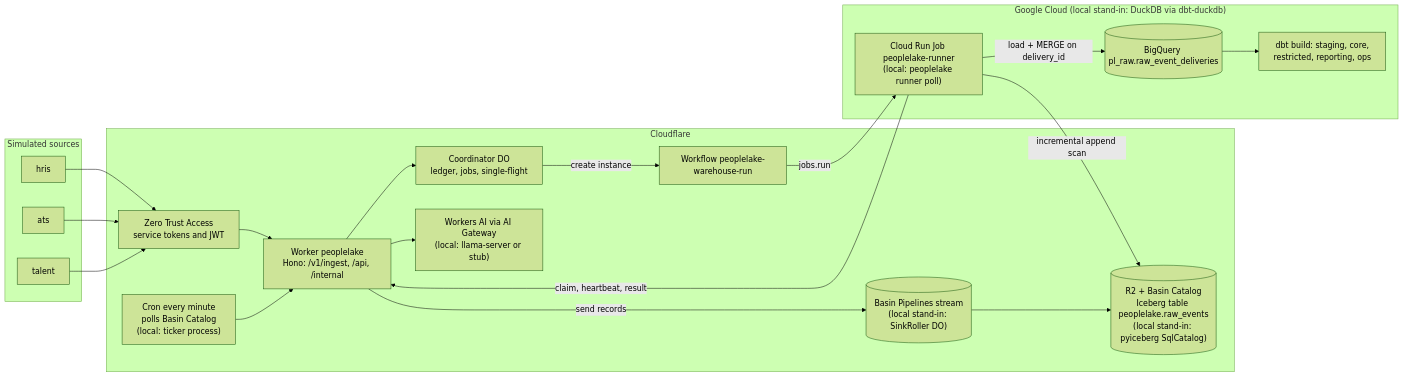
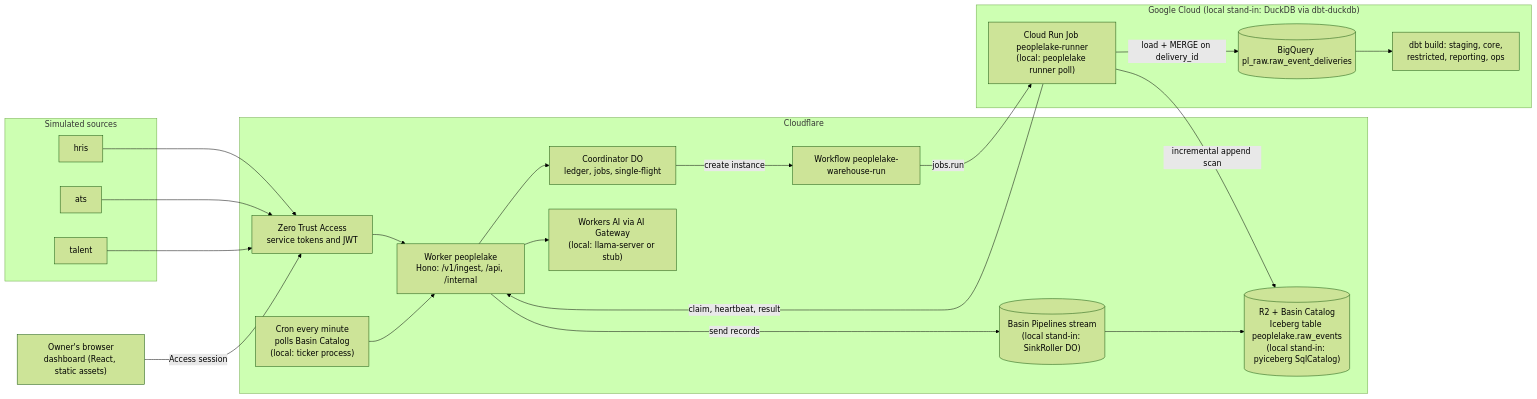
One commit to nitishsjsucs/peoplelake changed the diagram in README.md. Above: the diagram before and after it, drawn with Mermaid (forest theme). The commit also changed other lines of this file, not shown here.

Commit message:
docs: README status, dashboard in the architecture, Workers AI eval and dashboard sign-in in go-live

````diff
--- a/README.md
+++ b/README.md
@@ -36,38 +36,40 @@
 ```mermaid
 flowchart LR
   subgraph Sources["Simulated sources"]
     H["hris"]
     A["ats"]
     T["talent"]
   end
+  O["Owner's browser<br/>dashboard (React, static assets)"]
   subgraph CF["Cloudflare"]
     ACC["Zero Trust Access<br/>service tokens and JWT"]
     W["Worker peoplelake<br/>Hono: /v1/ingest, /api, /internal"]
     S[("Basin Pipelines stream<br/>(local stand-in: SinkRoller DO)")]
     L[("R2 + Basin Catalog<br/>Iceberg table peoplelake.raw_events<br/>(local stand-in: pyiceberg SqlCatalog)")]
     C["Coordinator DO<br/>ledger, jobs, single-flight"]
     WF["Workflow peoplelake-warehouse-run"]
     AI["Workers AI via AI Gateway<br/>(local: llama-server or stub)"]
     CRON["Cron every minute<br/>polls Basin Catalog<br/>(local: ticker process)"]
   end
   subgraph GCP["Google Cloud (local stand-in: DuckDB via dbt-duckdb)"]
     CR["Cloud Run Job peoplelake-runner<br/>(local: peoplelake runner poll)"]
     RAW[("BigQuery pl_raw.raw_event_deliveries")]
     DBT["dbt build: staging, core,<br/>restricted, reporting, ops"]
   end
   H --> ACC
   A --> ACC
   T --> ACC
+  O -->|"Access session"| ACC
   ACC --> W
   W -->|send records| S
   S --> L
   CRON --> W
   W --> C
   C -->|create instance| WF
   WF -->|jobs.run| CR
   CR -->|claim, heartbeat, result| W
   CR -->|incremental append scan| L
   CR -->|load + MERGE on delivery_id| RAW
   RAW --> DBT
   W --> AI
 ```
````
